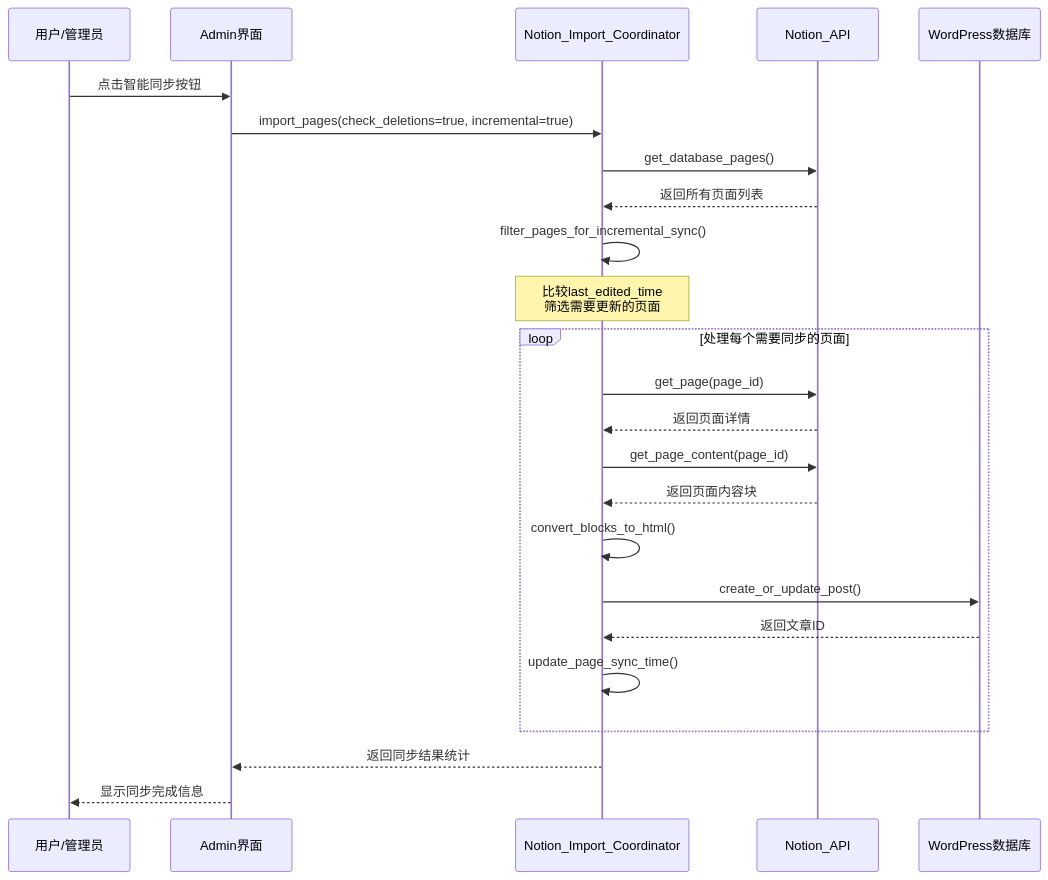
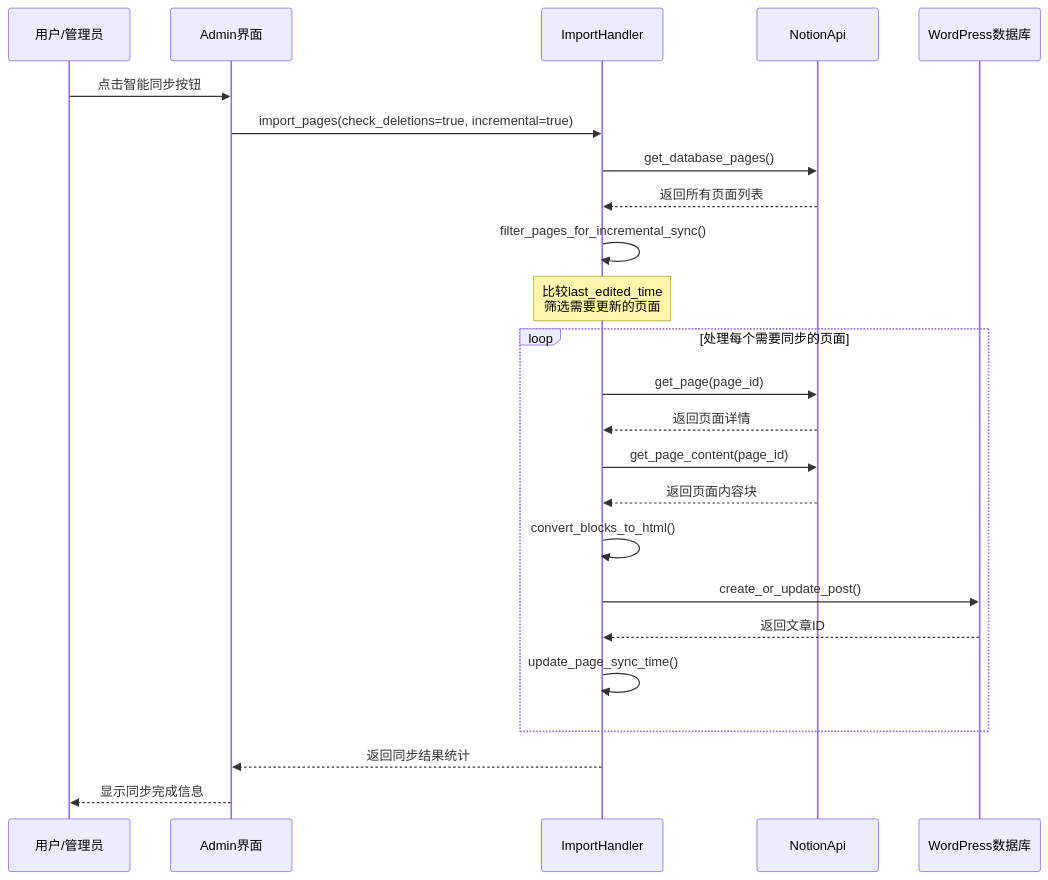
One commit to Frank-Loong/Notion-to-WordPress changed the second of 4 diagrams in docs/DEVELOPER_GUIDE-zh_CN.md. Above: the diagram before and after it, drawn with Mermaid. The commit also changed other lines of this file and 135 other files, not shown here.

````diff
--- a/docs/DEVELOPER_GUIDE-zh_CN.md
+++ b/docs/DEVELOPER_GUIDE-zh_CN.md
@@ -257,29 +276,29 @@
 ```mermaid
 sequenceDiagram
     participant U as 用户/管理员
     participant A as Admin界面
-    participant IC as Notion_Import_Coordinator
-    participant API as Notion_API
+    participant IC as ImportHandler
+    participant API as NotionApi
     participant WP as WordPress数据库
 
     U->>A: 点击智能同步按钮
     A->>IC: import_pages(check_deletions=true, incremental=true)
     IC->>API: get_database_pages()
     API-->>IC: 返回所有页面列表
     IC->>IC: filter_pages_for_incremental_sync()
     Note over IC: 比较last_edited_time<br/>筛选需要更新的页面
 
     loop 处理每个需要同步的页面
         IC->>API: get_page(page_id)
         API-->>IC: 返回页面详情
         IC->>API: get_page_content(page_id)
         API-->>IC: 返回页面内容块
         IC->>IC: convert_blocks_to_html()
         IC->>WP: create_or_update_post()
         WP-->>IC: 返回文章ID
         IC->>IC: update_page_sync_time()
     end
 
     IC-->>A: 返回同步结果统计
     A-->>U: 显示同步完成信息
 ```
````
